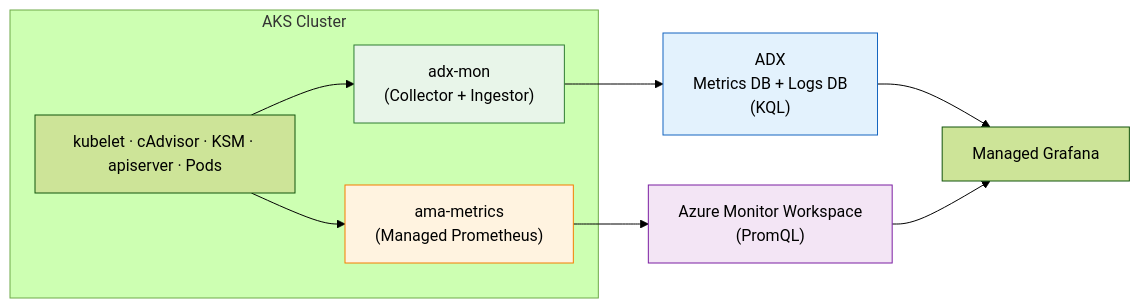
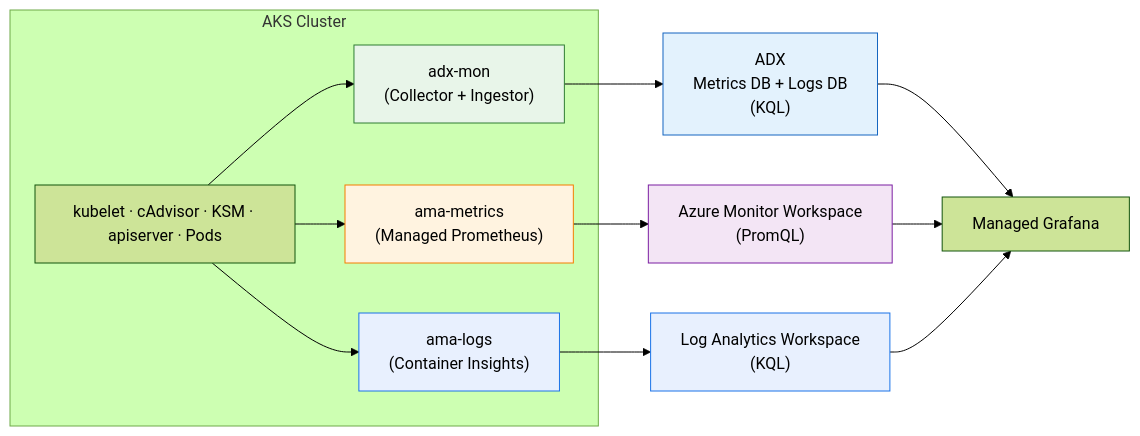
Before and after one commit to michaelsena-msft/adx-mon-demo: the diagram in COMPARISONS.md, drawn with Mermaid (forest theme). The commit also changed other lines of this file and 8 other files, not shown here.

First line of the commit message:
Add Container Insights: DCR-based log collection, 7-panel dashboard, 3-way comparison

````diff
--- a/COMPARISONS.md
+++ b/COMPARISONS.md
@@ -11,22 +11,28 @@
 ```mermaid
 graph LR
     subgraph AKS["AKS Cluster"]
         Sources["kubelet · cAdvisor · KSM · apiserver · Pods"]
         ADXMon["adx-mon<br/>(Collector + Ingestor)"]
         AMA["ama-metrics<br/>(Managed Prometheus)"]
+        AMALogs["ama-logs<br/>(Container Insights)"]
     end
 
     Sources --> ADXMon
     Sources --> AMA
+    Sources --> AMALogs
 
     ADXMon --> ADX["ADX<br/>Metrics DB + Logs DB<br/>(KQL)"]
     AMA --> AMW["Azure Monitor Workspace<br/>(PromQL)"]
+    AMALogs --> LAW["Log Analytics Workspace<br/>(KQL)"]
 
     ADX --> Grafana["Managed Grafana"]
     AMW --> Grafana
+    LAW --> Grafana
 
     style ADXMon fill:#e8f5e9,stroke:#2e7d32
     style AMA fill:#fff3e0,stroke:#f57c00
+    style AMALogs fill:#e8f0fe,stroke:#1a73e8
     style ADX fill:#e3f2fd,stroke:#1565c0
     style AMW fill:#f3e5f5,stroke:#7b1fa2
+    style LAW fill:#e8f0fe,stroke:#1a73e8
 ```
````
